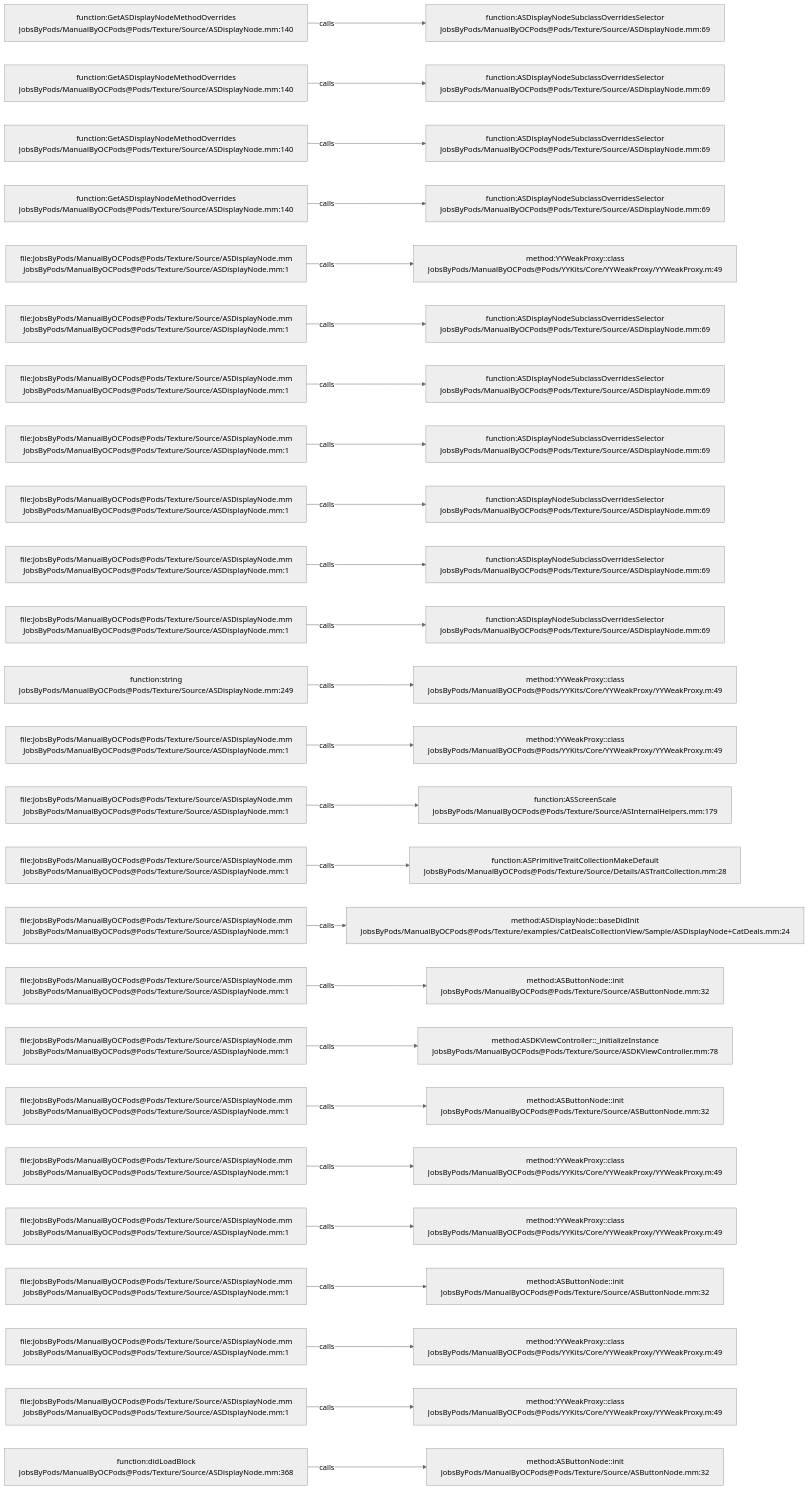
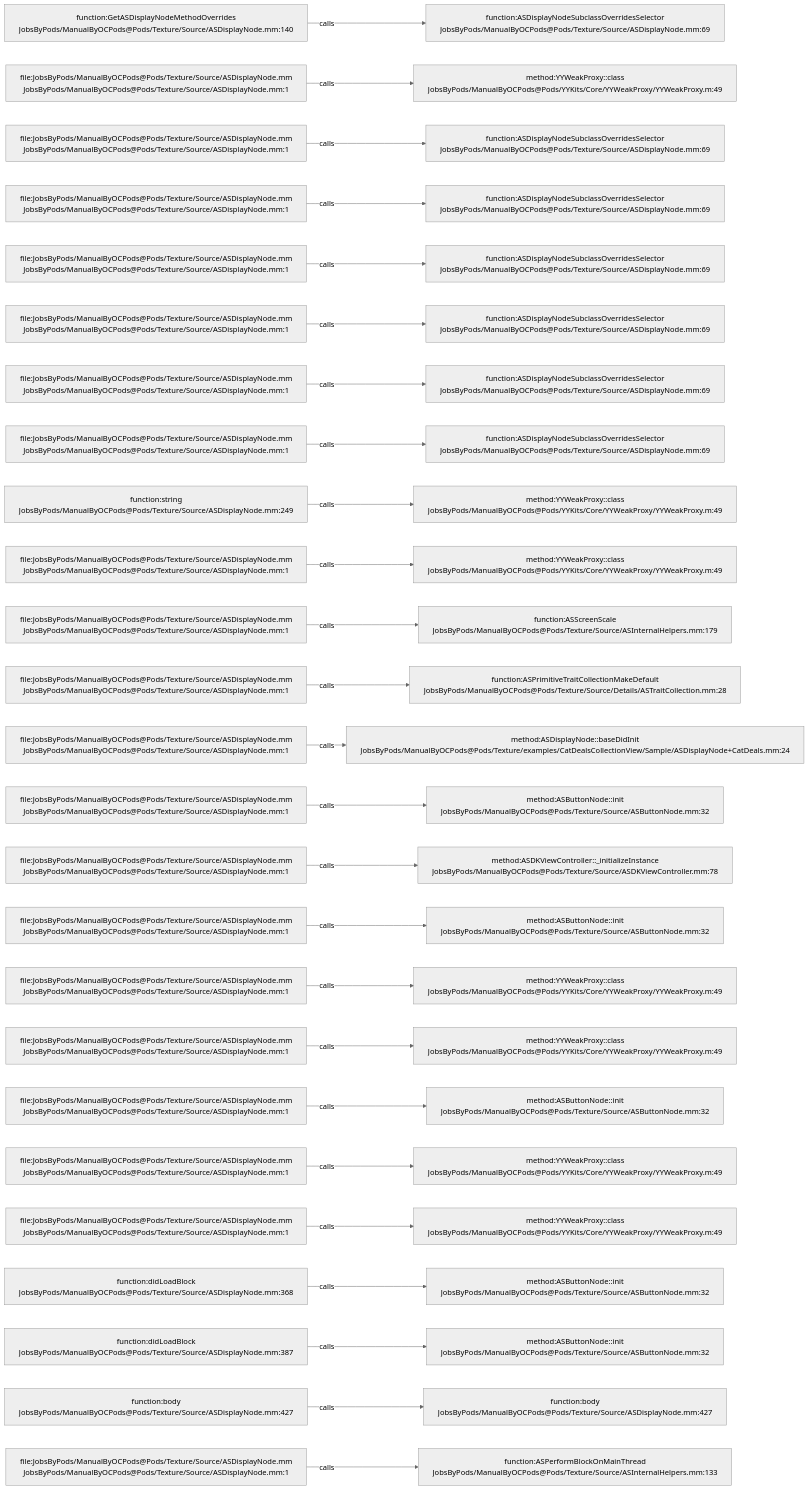
The diagram in .codegraph/codegraph.md/graphs/calls-098.md (JobsKits/JobsOCBaseConfigDemo), drawn with Mermaid (neutral theme) before and after one commit. The commit also changed 342 other files, not shown here.

````diff
--- a/.codegraph/codegraph.md/graphs/calls-098.md
+++ b/.codegraph/codegraph.md/graphs/calls-098.md
@@ -13,78 +13,78 @@
 ```mermaid
 flowchart LR
   S1["function:GetASDisplayNodeMethodOverrides<br/>JobsByPods/ManualByOCPods@Pods/Texture/Source/ASDisplayNode.mm:140"]
   T1["function:ASDisplayNodeSubclassOverridesSelector<br/>JobsByPods/ManualByOCPods@Pods/Texture/Source/ASDisplayNode.mm:69"]
   S1 -->|calls| T1
-  S2["function:GetASDisplayNodeMethodOverrides<br/>JobsByPods/ManualByOCPods@Pods/Texture/Source/ASDisplayNode.mm:140"]
-  T2["function:ASDisplayNodeSubclassOverridesSelector<br/>JobsByPods/ManualByOCPods@Pods/Texture/Source/ASDisplayNode.mm:69"]
+  S2["file:JobsByPods/ManualByOCPods@Pods/Texture/Source/ASDisplayNode.mm<br/>JobsByPods/ManualByOCPods@Pods/Texture/Source/ASDisplayNode.mm:1"]
+  T2["method:YYWeakProxy::class<br/>JobsByPods/ManualByOCPods@Pods/YYKits/Core/YYWeakProxy/YYWeakProxy.m:49"]
   S2 -->|calls| T2
-  S3["function:GetASDisplayNodeMethodOverrides<br/>JobsByPods/ManualByOCPods@Pods/Texture/Source/ASDisplayNode.mm:140"]
+  S3["file:JobsByPods/ManualByOCPods@Pods/Texture/Source/ASDisplayNode.mm<br/>JobsByPods/ManualByOCPods@Pods/Texture/Source/ASDisplayNode.mm:1"]
   T3["function:ASDisplayNodeSubclassOverridesSelector<br/>JobsByPods/ManualByOCPods@Pods/Texture/Source/ASDisplayNode.mm:69"]
   S3 -->|calls| T3
-  S4["function:GetASDisplayNodeMethodOverrides<br/>JobsByPods/ManualByOCPods@Pods/Texture/Source/ASDisplayNode.mm:140"]
+  S4["file:JobsByPods/ManualByOCPods@Pods/Texture/Source/ASDisplayNode.mm<br/>JobsByPods/ManualByOCPods@Pods/Texture/Source/ASDisplayNode.mm:1"]
   T4["function:ASDisplayNodeSubclassOverridesSelector<br/>JobsByPods/ManualByOCPods@Pods/Texture/Source/ASDisplayNode.mm:69"]
   S4 -->|calls| T4
   S5["file:JobsByPods/ManualByOCPods@Pods/Texture/Source/ASDisplayNode.mm<br/>JobsByPods/ManualByOCPods@Pods/Texture/Source/ASDisplayNode.mm:1"]
-  T5["method:YYWeakProxy::class<br/>JobsByPods/ManualByOCPods@Pods/YYKits/Core/YYWeakProxy/YYWeakProxy.m:49"]
+  T5["function:ASDisplayNodeSubclassOverridesSelector<br/>JobsByPods/ManualByOCPods@Pods/Texture/Source/ASDisplayNode.mm:69"]
   S5 -->|calls| T5
   S6["file:JobsByPods/ManualByOCPods@Pods/Texture/Source/ASDisplayNode.mm<br/>JobsByPods/ManualByOCPods@Pods/Texture/Source/ASDisplayNode.mm:1"]
   T6["function:ASDisplayNodeSubclassOverridesSelector<br/>JobsByPods/ManualByOCPods@Pods/Texture/Source/ASDisplayNode.mm:69"]
   S6 -->|calls| T6
   S7["file:JobsByPods/ManualByOCPods@Pods/Texture/Source/ASDisplayNode.mm<br/>JobsByPods/ManualByOCPods@Pods/Texture/Source/ASDisplayNode.mm:1"]
   T7["function:ASDisplayNodeSubclassOverridesSelector<br/>JobsByPods/ManualByOCPods@Pods/Texture/Source/ASDisplayNode.mm:69"]
   S7 -->|calls| T7
   S8["file:JobsByPods/ManualByOCPods@Pods/Texture/Source/ASDisplayNode.mm<br/>JobsByPods/ManualByOCPods@Pods/Texture/Source/ASDisplayNode.mm:1"]
   T8["function:ASDisplayNodeSubclassOverridesSelector<br/>JobsByPods/ManualByOCPods@Pods/Texture/Source/ASDisplayNode.mm:69"]
   S8 -->|calls| T8
-  S9["file:JobsByPods/ManualByOCPods@Pods/Texture/Source/ASDisplayNode.mm<br/>JobsByPods/ManualByOCPods@Pods/Texture/Source/ASDisplayNode.mm:1"]
-  T9["function:ASDisplayNodeSubclassOverridesSelector<br/>JobsByPods/ManualByOCPods@Pods/Texture/Source/ASDisplayNode.mm:69"]
+  S9["function:string<br/>JobsByPods/ManualByOCPods@Pods/Texture/Source/ASDisplayNode.mm:249"]
+  T9["method:YYWeakProxy::class<br/>JobsByPods/ManualByOCPods@Pods/YYKits/Core/YYWeakProxy/YYWeakProxy.m:49"]
   S9 -->|calls| T9
   S10["file:JobsByPods/ManualByOCPods@Pods/Texture/Source/ASDisplayNode.mm<br/>JobsByPods/ManualByOCPods@Pods/Texture/Source/ASDisplayNode.mm:1"]
-  T10["function:ASDisplayNodeSubclassOverridesSelector<br/>JobsByPods/ManualByOCPods@Pods/Texture/Source/ASDisplayNode.mm:69"]
+  T10["method:YYWeakProxy::class<br/>JobsByPods/ManualByOCPods@Pods/YYKits/Core/YYWeakProxy/YYWeakProxy.m:49"]
   S10 -->|calls| T10
   S11["file:JobsByPods/ManualByOCPods@Pods/Texture/Source/ASDisplayNode.mm<br/>JobsByPods/ManualByOCPods@Pods/Texture/Source/ASDisplayNode.mm:1"]
-  T11["function:ASDisplayNodeSubclassOverridesSelector<br/>JobsByPods/ManualByOCPods@Pods/Texture/Source/ASDisplayNode.mm:69"]
+  T11["function:ASScreenScale<br/>JobsByPods/ManualByOCPods@Pods/Texture/Source/ASInternalHelpers.mm:179"]
   S11 -->|calls| T11
-  S12["function:string<br/>JobsByPods/ManualByOCPods@Pods/Texture/Source/ASDisplayNode.mm:249"]
-  T12["method:YYWeakProxy::class<br/>JobsByPods/ManualByOCPods@Pods/YYKits/Core/YYWeakProxy/YYWeakProxy.m:49"]
+  S12["file:JobsByPods/ManualByOCPods@Pods/Texture/Source/ASDisplayNode.mm<br/>JobsByPods/ManualByOCPods@Pods/Texture/Source/ASDisplayNode.mm:1"]
+  T12["function:ASPrimitiveTraitCollectionMakeDefault<br/>JobsByPods/ManualByOCPods@Pods/Texture/Source/Details/ASTraitCollection.mm:28"]
   S12 -->|calls| T12
   S13["file:JobsByPods/ManualByOCPods@Pods/Texture/Source/ASDisplayNode.mm<br/>JobsByPods/ManualByOCPods@Pods/Texture/Source/ASDisplayNode.mm:1"]
-  T13["method:YYWeakProxy::class<br/>JobsByPods/ManualByOCPods@Pods/YYKits/Core/YYWeakProxy/YYWeakProxy.m:49"]
+  T13["method:ASDisplayNode::baseDidInit<br/>JobsByPods/ManualByOCPods@Pods/Texture/examples/CatDealsCollectionView/Sample/ASDisplayNode+CatDeals.mm:24"]
   S13 -->|calls| T13
   S14["file:JobsByPods/ManualByOCPods@Pods/Texture/Source/ASDisplayNode.mm<br/>JobsByPods/ManualByOCPods@Pods/Texture/Source/ASDisplayNode.mm:1"]
-  T14["function:ASScreenScale<br/>JobsByPods/ManualByOCPods@Pods/Texture/Source/ASInternalHelpers.mm:179"]
+  T14["method:ASButtonNode::init<br/>JobsByPods/ManualByOCPods@Pods/Texture/Source/ASButtonNode.mm:32"]
   S14 -->|calls| T14
   S15["file:JobsByPods/ManualByOCPods@Pods/Texture/Source/ASDisplayNode.mm<br/>JobsByPods/ManualByOCPods@Pods/Texture/Source/ASDisplayNode.mm:1"]
-  T15["function:ASPrimitiveTraitCollectionMakeDefault<br/>JobsByPods/ManualByOCPods@Pods/Texture/Source/Details/ASTraitCollection.mm:28"]
+  T15["method:ASDKViewController::_initializeInstance<br/>JobsByPods/ManualByOCPods@Pods/Texture/Source/ASDKViewController.mm:78"]
   S15 -->|calls| T15
   S16["file:JobsByPods/ManualByOCPods@Pods/Texture/Source/ASDisplayNode.mm<br/>JobsByPods/ManualByOCPods@Pods/Texture/Source/ASDisplayNode.mm:1"]
-  T16["method:ASDisplayNode::baseDidInit<br/>JobsByPods/ManualByOCPods@Pods/Texture/examples/CatDealsCollectionView/Sample/ASDisplayNode+CatDeals.mm:24"]
+  T16["method:ASButtonNode::init<br/>JobsByPods/ManualByOCPods@Pods/Texture/Source/ASButtonNode.mm:32"]
   S16 -->|calls| T16
   S17["file:JobsByPods/ManualByOCPods@Pods/Texture/Source/ASDisplayNode.mm<br/>JobsByPods/ManualByOCPods@Pods/Texture/Source/ASDisplayNode.mm:1"]
-  T17["method:ASButtonNode::init<br/>JobsByPods/ManualByOCPods@Pods/Texture/Source/ASButtonNode.mm:32"]
+  T17["method:YYWeakProxy::class<br/>JobsByPods/ManualByOCPods@Pods/YYKits/Core/YYWeakProxy/YYWeakProxy.m:49"]
   S17 -->|calls| T17
   S18["file:JobsByPods/ManualByOCPods@Pods/Texture/Source/ASDisplayNode.mm<br/>JobsByPods/ManualByOCPods@Pods/Texture/Source/ASDisplayNode.mm:1"]
-  T18["method:ASDKViewController::_initializeInstance<br/>JobsByPods/ManualByOCPods@Pods/Texture/Source/ASDKViewController.mm:78"]
+  T18["method:YYWeakProxy::class<br/>JobsByPods/ManualByOCPods@Pods/YYKits/Core/YYWeakProxy/YYWeakProxy.m:49"]
   S18 -->|calls| T18
   S19["file:JobsByPods/ManualByOCPods@Pods/Texture/Source/ASDisplayNode.mm<br/>JobsByPods/ManualByOCPods@Pods/Texture/Source/ASDisplayNode.mm:1"]
   T19["method:ASButtonNode::init<br/>JobsByPods/ManualByOCPods@Pods/Texture/Source/ASButtonNode.mm:32"]
   S19 -->|calls| T19
   S20["file:JobsByPods/ManualByOCPods@Pods/Texture/Source/ASDisplayNode.mm<br/>JobsByPods/ManualByOCPods@Pods/Texture/Source/ASDisplayNode.mm:1"]
   T20["method:YYWeakProxy::class<br/>JobsByPods/ManualByOCPods@Pods/YYKits/Core/YYWeakProxy/YYWeakProxy.m:49"]
   S20 -->|calls| T20
   S21["file:JobsByPods/ManualByOCPods@Pods/Texture/Source/ASDisplayNode.mm<br/>JobsByPods/ManualByOCPods@Pods/Texture/Source/ASDisplayNode.mm:1"]
   T21["method:YYWeakProxy::class<br/>JobsByPods/ManualByOCPods@Pods/YYKits/Core/YYWeakProxy/YYWeakProxy.m:49"]
   S21 -->|calls| T21
-  S22["file:JobsByPods/ManualByOCPods@Pods/Texture/Source/ASDisplayNode.mm<br/>JobsByPods/ManualByOCPods@Pods/Texture/Source/ASDisplayNode.mm:1"]
+  S22["function:didLoadBlock<br/>JobsByPods/ManualByOCPods@Pods/Texture/Source/ASDisplayNode.mm:368"]
   T22["method:ASButtonNode::init<br/>JobsByPods/ManualByOCPods@Pods/Texture/Source/ASButtonNode.mm:32"]
   S22 -->|calls| T22
-  S23["file:JobsByPods/ManualByOCPods@Pods/Texture/Source/ASDisplayNode.mm<br/>JobsByPods/ManualByOCPods@Pods/Texture/Source/ASDisplayNode.mm:1"]
-  T23["method:YYWeakProxy::class<br/>JobsByPods/ManualByOCPods@Pods/YYKits/Core/YYWeakProxy/YYWeakProxy.m:49"]
+  S23["function:didLoadBlock<br/>JobsByPods/ManualByOCPods@Pods/Texture/Source/ASDisplayNode.mm:387"]
+  T23["method:ASButtonNode::init<br/>JobsByPods/ManualByOCPods@Pods/Texture/Source/ASButtonNode.mm:32"]
   S23 -->|calls| T23
-  S24["file:JobsByPods/ManualByOCPods@Pods/Texture/Source/ASDisplayNode.mm<br/>JobsByPods/ManualByOCPods@Pods/Texture/Source/ASDisplayNode.mm:1"]
-  T24["method:YYWeakProxy::class<br/>JobsByPods/ManualByOCPods@Pods/YYKits/Core/YYWeakProxy/YYWeakProxy.m:49"]
+  S24["function:body<br/>JobsByPods/ManualByOCPods@Pods/Texture/Source/ASDisplayNode.mm:427"]
+  T24["function:body<br/>JobsByPods/ManualByOCPods@Pods/Texture/Source/ASDisplayNode.mm:427"]
   S24 -->|calls| T24
-  S25["function:didLoadBlock<br/>JobsByPods/ManualByOCPods@Pods/Texture/Source/ASDisplayNode.mm:368"]
-  T25["method:ASButtonNode::init<br/>JobsByPods/ManualByOCPods@Pods/Texture/Source/ASButtonNode.mm:32"]
+  S25["file:JobsByPods/ManualByOCPods@Pods/Texture/Source/ASDisplayNode.mm<br/>JobsByPods/ManualByOCPods@Pods/Texture/Source/ASDisplayNode.mm:1"]
+  T25["function:ASPerformBlockOnMainThread<br/>JobsByPods/ManualByOCPods@Pods/Texture/Source/ASInternalHelpers.mm:133"]
   S25 -->|calls| T25
 ```
````
